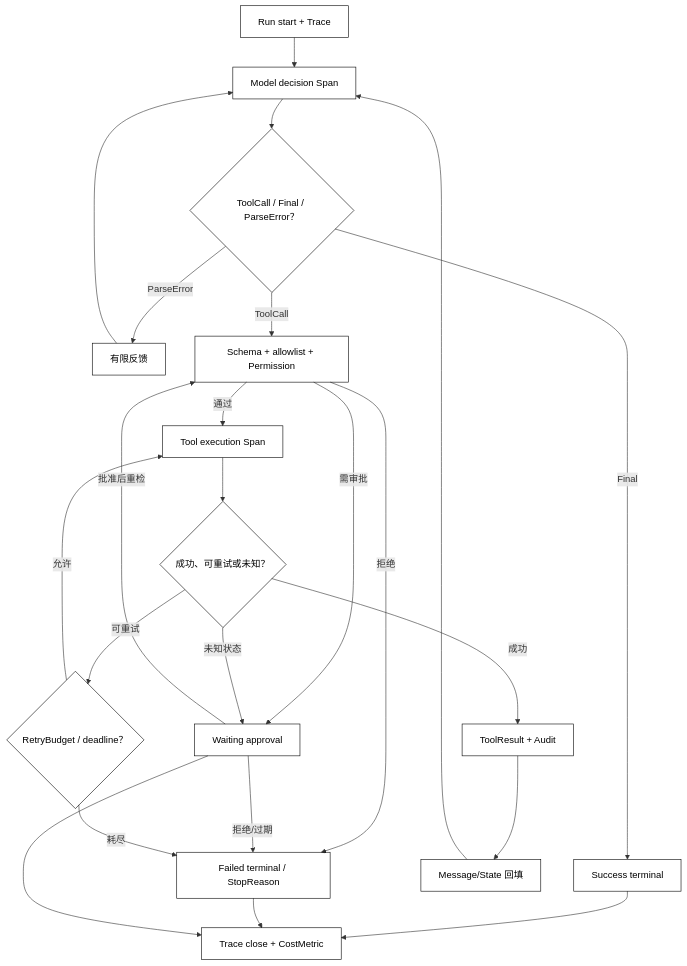
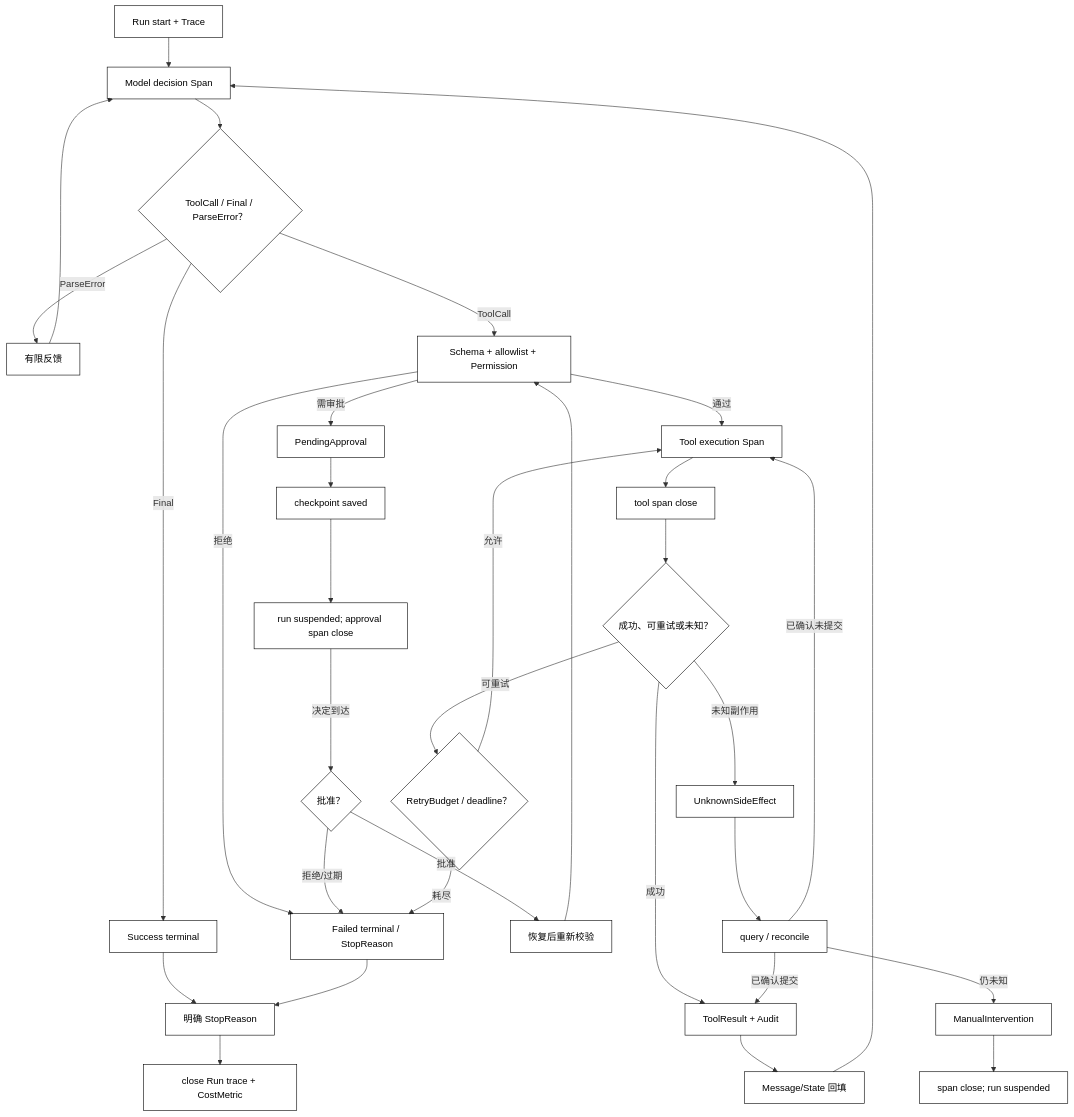
One commit to clint-sfy/clintsfy.github.io changed the diagram in docs/courses/agent/04-Tool-Calling与Agent-Loop/09-完整可观测Agent-Loop.md. Above: the diagram before and after it, drawn with Mermaid. The commit also changed other lines of this file and 5 other files, not shown here.

````diff
--- a/docs/courses/agent/04-Tool-Calling与Agent-Loop/09-完整可观测Agent-Loop.md
+++ b/docs/courses/agent/04-Tool-Calling与Agent-Loop/09-完整可观测Agent-Loop.md
@@ -29,28 +29,38 @@
 ```mermaid
 flowchart TD
     Start["Run start + Trace"] --> Model["Model decision Span"]
     Model --> Parse{"ToolCall / Final / ParseError？"}
     Parse -->|Final| Success["Success terminal"]
     Parse -->|ParseError| Feedback["有限反馈"]
     Parse -->|ToolCall| Validate["Schema + allowlist + Permission"]
     Validate -->|拒绝| Failed["Failed terminal / StopReason"]
-    Validate -->|需审批| Waiting["Waiting approval"]
-    Waiting -->|拒绝/过期| Failed
-    Waiting -->|批准后重检| Validate
+    Validate -->|需审批| PendingApproval["PendingApproval"]
+    PendingApproval --> Checkpoint["checkpoint saved"]
+    Checkpoint --> ApprovalSuspended["run suspended; approval span close"]
+    ApprovalSuspended -->|决定到达| ApprovalDecision{"批准？"}
+    ApprovalDecision -->|拒绝/过期| Failed
+    ApprovalDecision -->|批准| Recheck["恢复后重新校验"]
+    Recheck --> Validate
     Validate -->|通过| Execute["Tool execution Span"]
-    Execute --> Outcome{"成功、可重试或未知？"}
+    Execute --> ToolSpanClosed["tool span close"]
+    ToolSpanClosed --> Outcome{"成功、可重试或未知？"}
     Outcome -->|成功| Result["ToolResult + Audit"]
     Outcome -->|可重试| Retry{"RetryBudget / deadline？"}
     Retry -->|允许| Execute
     Retry -->|耗尽| Failed
-    Outcome -->|未知状态| Waiting
+    Outcome -->|未知副作用| UnknownSideEffect["UnknownSideEffect"]
+    UnknownSideEffect --> Query["query / reconcile"]
+    Query -->|已确认提交| Result
+    Query -->|已确认未提交| Execute
+    Query -->|仍未知| ManualIntervention["ManualIntervention"]
+    ManualIntervention --> ManualSuspended["span close; run suspended"]
     Result --> Backfill["Message/State 回填"]
     Backfill --> Model
     Feedback --> Model
-    Success --> End["Trace close + CostMetric"]
-    Failed --> End
-    Waiting --> End
+    Success --> StopReason["明确 StopReason"]
+    Failed --> StopReason
+    StopReason --> RunClosed["close Run trace + CostMetric"]
 
     classDef core fill:transparent,stroke:currentColor,color:currentColor,stroke-width:1px;
-    class Start,Model,Parse,Success,Feedback,Validate,Failed,Waiting,Execute,Outcome,Result,Retry,Backfill,End core;
+    class Start,Model,Parse,Success,Feedback,Validate,Failed,PendingApproval,Checkpoint,ApprovalSuspended,ApprovalDecision,Recheck,Execute,ToolSpanClosed,Outcome,Retry,Result,UnknownSideEffect,Query,ManualIntervention,ManualSuspended,Backfill,StopReason,RunClosed core;
 ```
````
